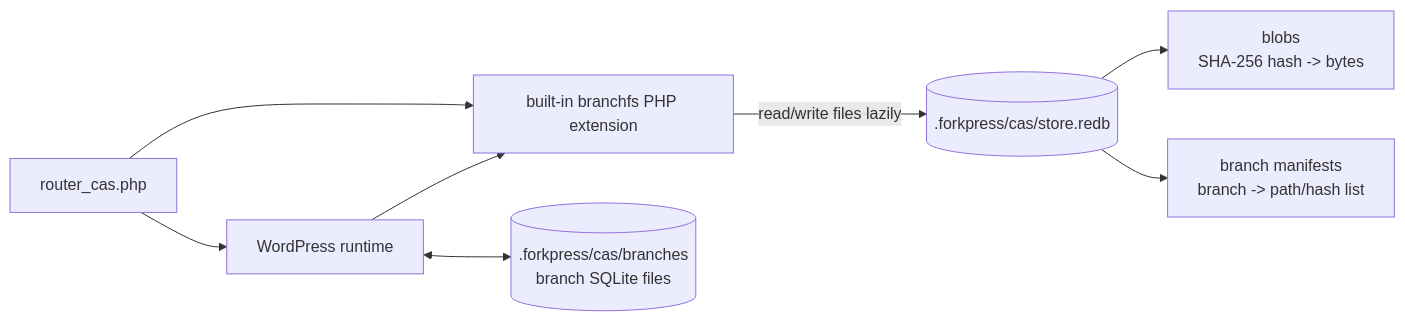
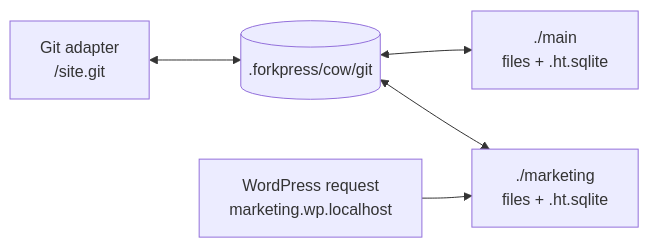
One commit to Automattic/forkpress changed the first of 2 diagrams in docs/storage-drivers.md. Above: the diagram before and after it, drawn with Mermaid. The commit also changed other lines of this file and 6 other files, not shown here.

Commit message:
Make COW strategy support Git workflows

````diff
--- a/docs/storage-drivers.md
+++ b/docs/storage-drivers.md
@@ -105,18 +54,13 @@
 ```mermaid
 flowchart LR
-    redb[(.forkpress/cas/store.redb)]
-    blobs[blobs<br/>SHA-256 hash -> bytes]
-    manifests[branch manifests<br/>branch -> path/hash list]
-    router[router_cas.php]
-    branchfs[built-in branchfs PHP extension]
-    wp[WordPress runtime]
-    dbs[(.forkpress/cas/branches<br/>branch SQLite files)]
+    main[./main<br/>files + .ht.sqlite]
+    branch[./marketing<br/>files + .ht.sqlite]
+    wp[WordPress request<br/>marketing.wp.localhost]
+    git[Git adapter<br/>/site.git]
+    cowgit[(.forkpress/cow/git)]
 
-    redb --> blobs
-    redb --> manifests
-    router --> branchfs
-    branchfs -- read/write files lazily --> redb
-    router --> wp
-    wp --> branchfs
-    wp <--> dbs
+    wp --> branch
+    git <--> cowgit
+    cowgit <--> main
+    cowgit <--> branch
 ```
````
